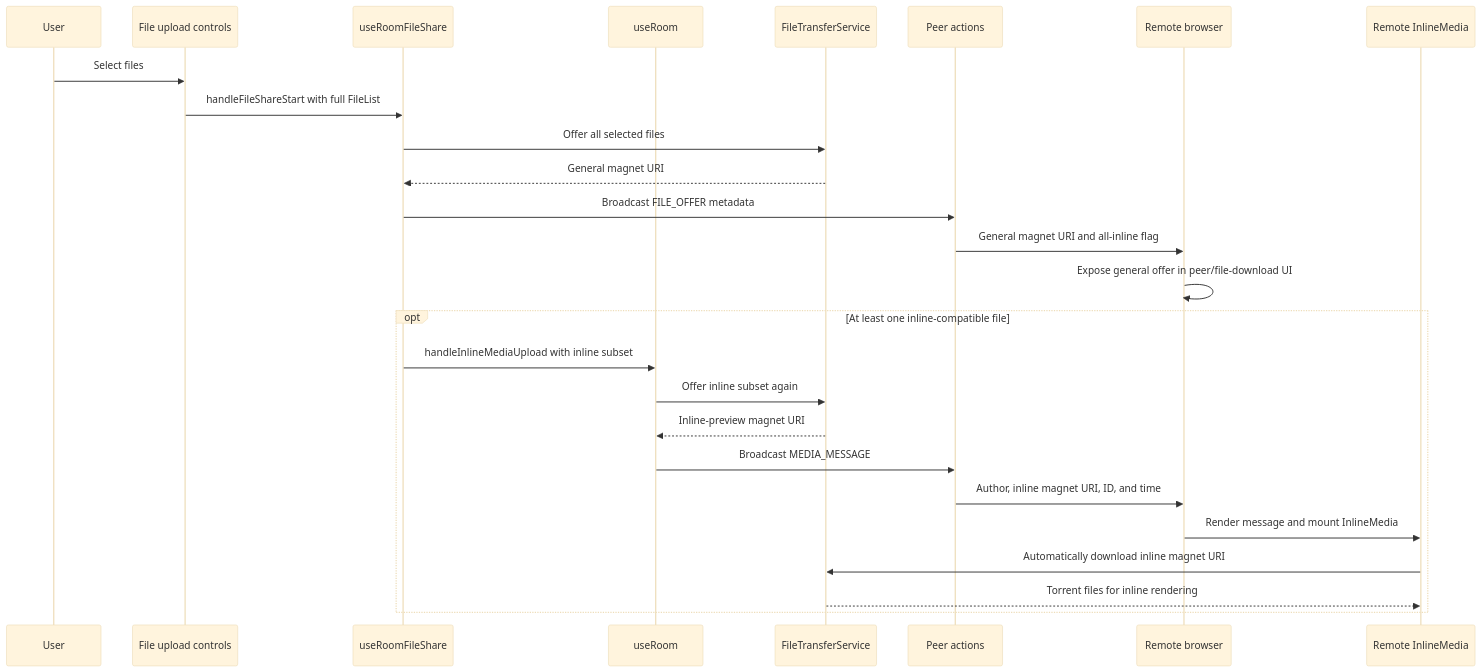
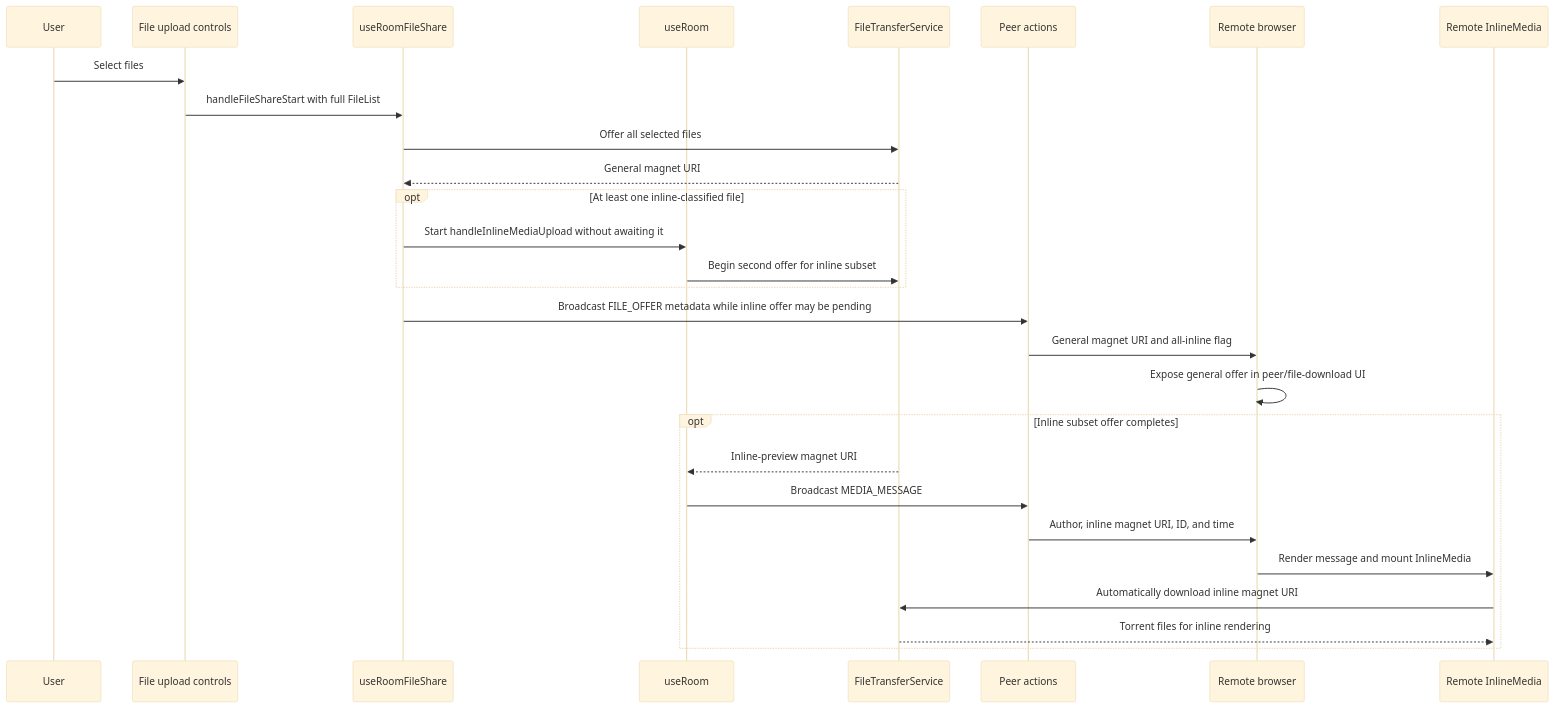
Before and after one commit to drunkod/chitchatter: the seventh of 9 diagrams in docs/architecture/codebase-runtime.md, drawn with Mermaid (base theme). The commit also changed other lines of this file and 2 other files, not shown here.

Commit message:
Clarify architecture docs and reproduction steps

````diff
--- a/docs/architecture/codebase-runtime.md
+++ b/docs/architecture/codebase-runtime.md
@@ -190,30 +197,34 @@
 ```mermaid
 sequenceDiagram
     participant User
     participant Controls as File upload controls
     participant Share as useRoomFileShare
     participant Room as useRoom
     participant Transfer as FileTransferService
     participant Actions as Peer actions
     participant Remote as Remote browser
     participant Preview as Remote InlineMedia
 
     User->>Controls: Select files
     Controls->>Share: handleFileShareStart with full FileList
     Share->>Transfer: Offer all selected files
     Transfer-->>Share: General magnet URI
-    Share->>Actions: Broadcast FILE_OFFER metadata
+
+    opt At least one inline-classified file
+        Share->>Room: Start handleInlineMediaUpload without awaiting it
+        Room->>Transfer: Begin second offer for inline subset
+    end
+
+    Share->>Actions: Broadcast FILE_OFFER metadata while inline offer may be pending
     Actions->>Remote: General magnet URI and all-inline flag
     Remote->>Remote: Expose general offer in peer/file-download UI
 
-    opt At least one inline-compatible file
-        Share->>Room: handleInlineMediaUpload with inline subset
-        Room->>Transfer: Offer inline subset again
+    opt Inline subset offer completes
         Transfer-->>Room: Inline-preview magnet URI
         Room->>Actions: Broadcast MEDIA_MESSAGE
         Actions->>Remote: Author, inline magnet URI, ID, and time
         Remote->>Preview: Render message and mount InlineMedia
         Preview->>Transfer: Automatically download inline magnet URI
         Transfer-->>Preview: Torrent files for inline rendering
     end
 ```
````
